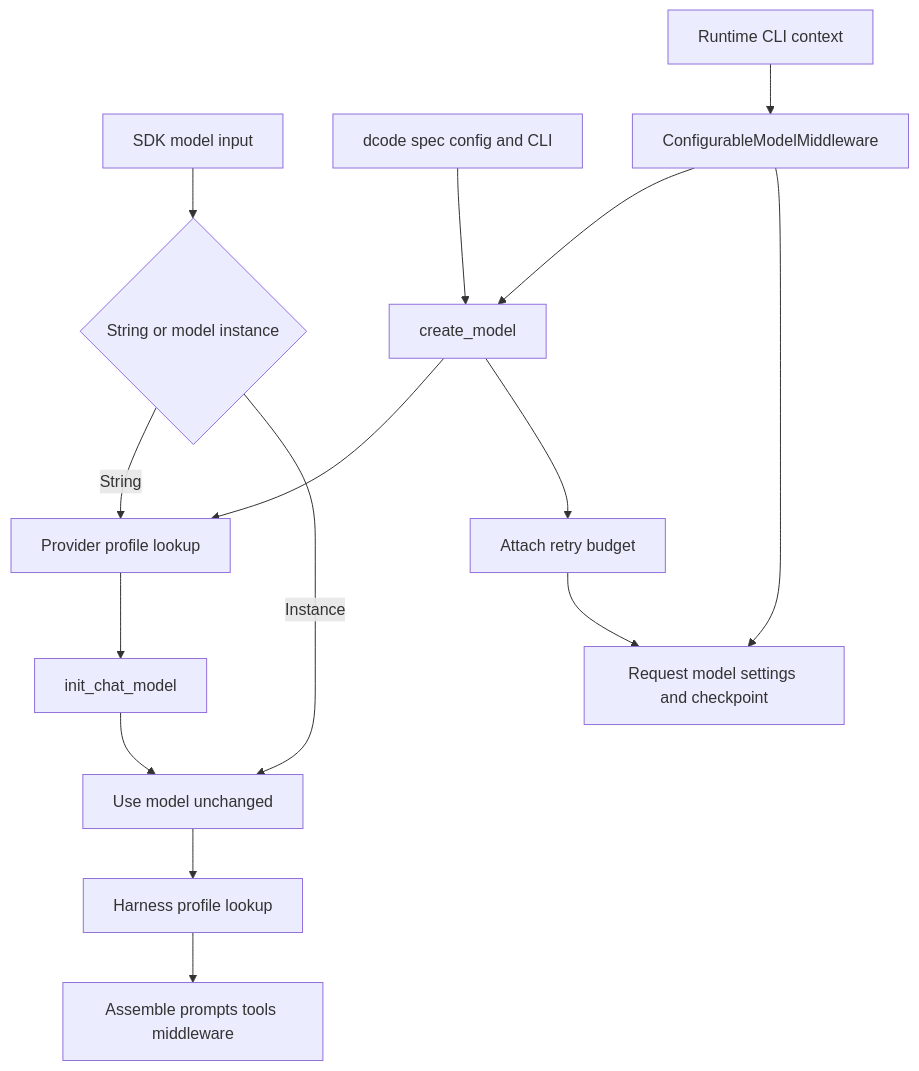
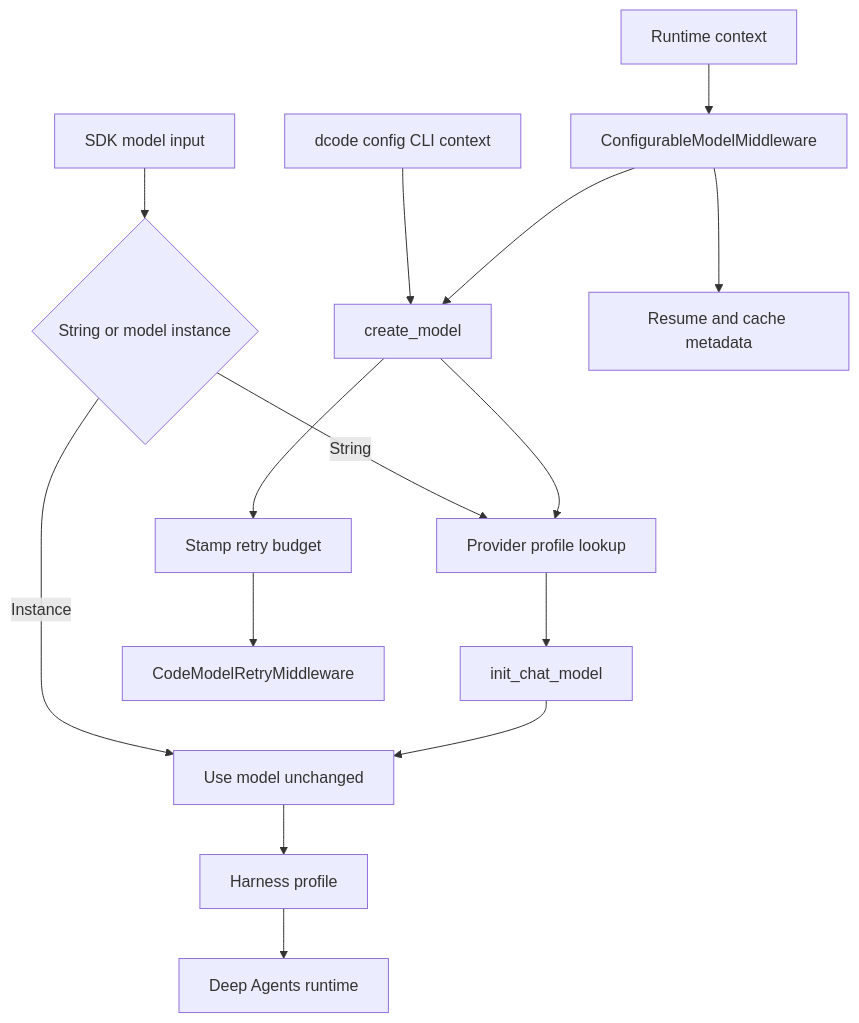
One commit to langchain-ai/deepagents changed the diagram in openwiki/concepts/profiles-models.md. Above: the diagram before and after it, drawn with Mermaid. The commit also changed other lines of this file and 39 other files, not shown here.

````diff
--- a/openwiki/concepts/profiles-models.md
+++ b/openwiki/concepts/profiles-models.md
@@ -39,17 +39,17 @@
 ```mermaid
 flowchart TD
     Input["SDK model input"] --> Kind{"String or model instance"}
-    Kind -->|"String"| Provider["Provider profile lookup"]
-    Provider --> Construct["init_chat_model"]
-    Kind -->|"Instance"| Built["Use model unchanged"]
-    Construct --> Built
-    Built --> Harness["Harness profile lookup"]
-    Harness --> Agent["Assemble prompts tools middleware"]
-    Dcode["dcode spec config and CLI"] --> Create["create_model"]
-    Create --> Provider
-    Create --> Budget["Attach retry budget"]
-    Context["Runtime CLI context"] --> Switch["ConfigurableModelMiddleware"]
+    Kind -->|"String"| Profile["Provider profile lookup"]
+    Profile --> Construct["init_chat_model"]
+    Kind -->|"Instance"| Ready["Use model unchanged"]
+    Construct --> Ready
+    Ready --> Harness["Harness profile"]
+    Harness --> Agent["Deep Agents runtime"]
+    Config["dcode config CLI context"] --> Create["create_model"]
+    Create --> Profile
+    Create --> Stamp["Stamp retry budget"]
+    Context["Runtime context"] --> Switch["ConfigurableModelMiddleware"]
     Switch --> Create
-    Switch --> Request["Request model settings and checkpoint"]
-    Budget --> Request
+    Stamp --> Retry["CodeModelRetryMiddleware"]
+    Switch --> Checkpoint["Resume and cache metadata"]
 ```
````
